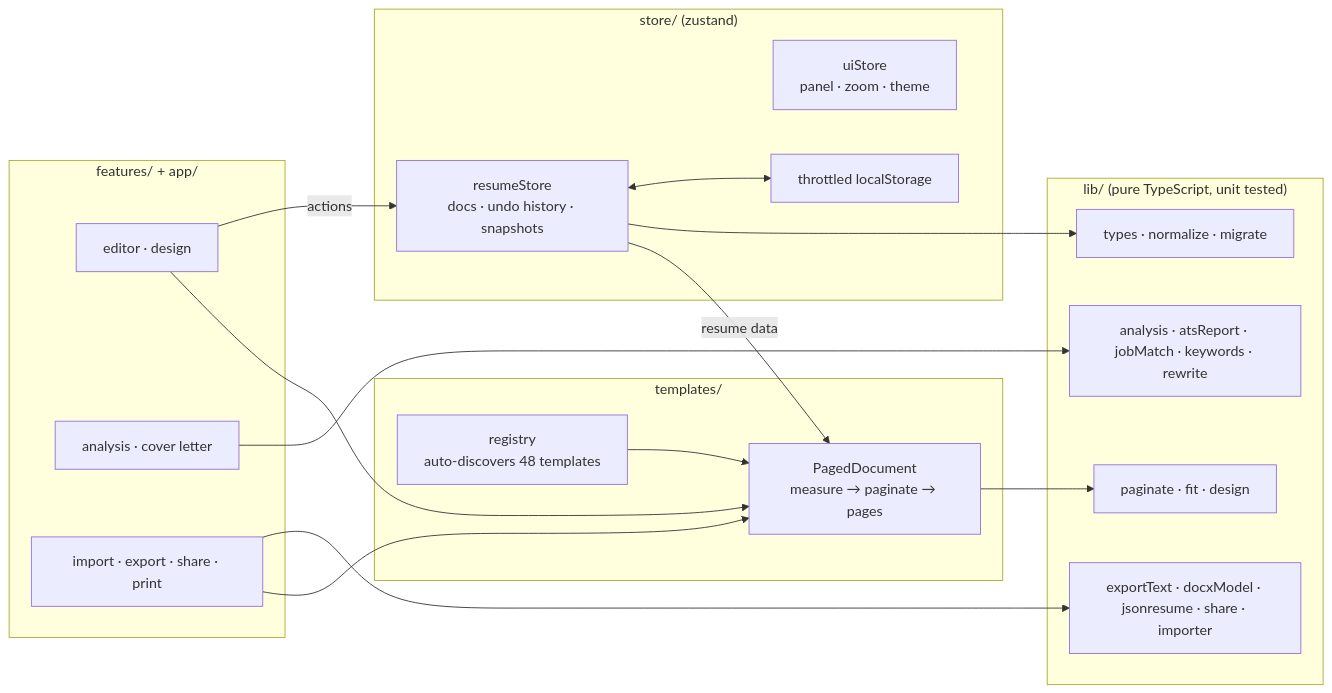
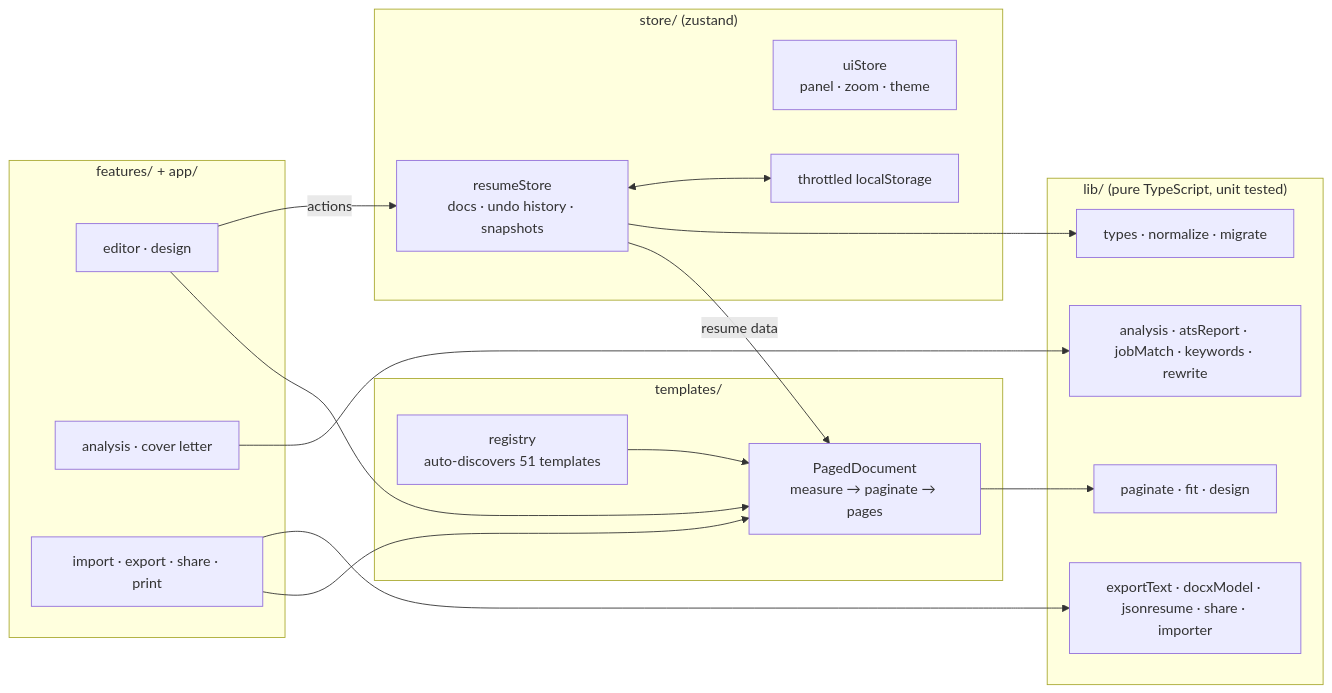
One commit to Jeevan2410/resumeforge changed the diagram in README.md. Above: the diagram before and after it, drawn with Mermaid. The commit also changed other lines of this file and 12 other files, not shown here.

````diff
--- a/README.md
+++ b/README.md
@@ -115,33 +123,33 @@
 ```mermaid
 flowchart LR
   subgraph Store["store/ (zustand)"]
     RS[resumeStore<br/>docs · undo history · snapshots]
     UI[uiStore<br/>panel · zoom · theme]
     ST[throttled localStorage]
   end
   subgraph Lib["lib/ (pure TypeScript, unit tested)"]
     M[types · normalize · migrate]
     A[analysis · atsReport · jobMatch · keywords · rewrite]
     X[exportText · docxModel · jsonresume · share · importer]
     P[paginate · fit · design]
   end
   subgraph Templates["templates/"]
-    REG[registry<br/>auto-discovers 48 templates]
+    REG[registry<br/>auto-discovers 51 templates]
     PD[PagedDocument<br/>measure → paginate → pages]
   end
   subgraph Features["features/ + app/"]
     ED[editor · design]
     AN[analysis · cover letter]
     IO[import · export · share · print]
   end
   RS <--> ST
   RS --> M
   ED -- actions --> RS
   RS -- resume data --> PD
   REG --> PD
   PD --> P
   AN --> A
   IO --> X
   IO --> PD
   ED --> PD
 ```
````
